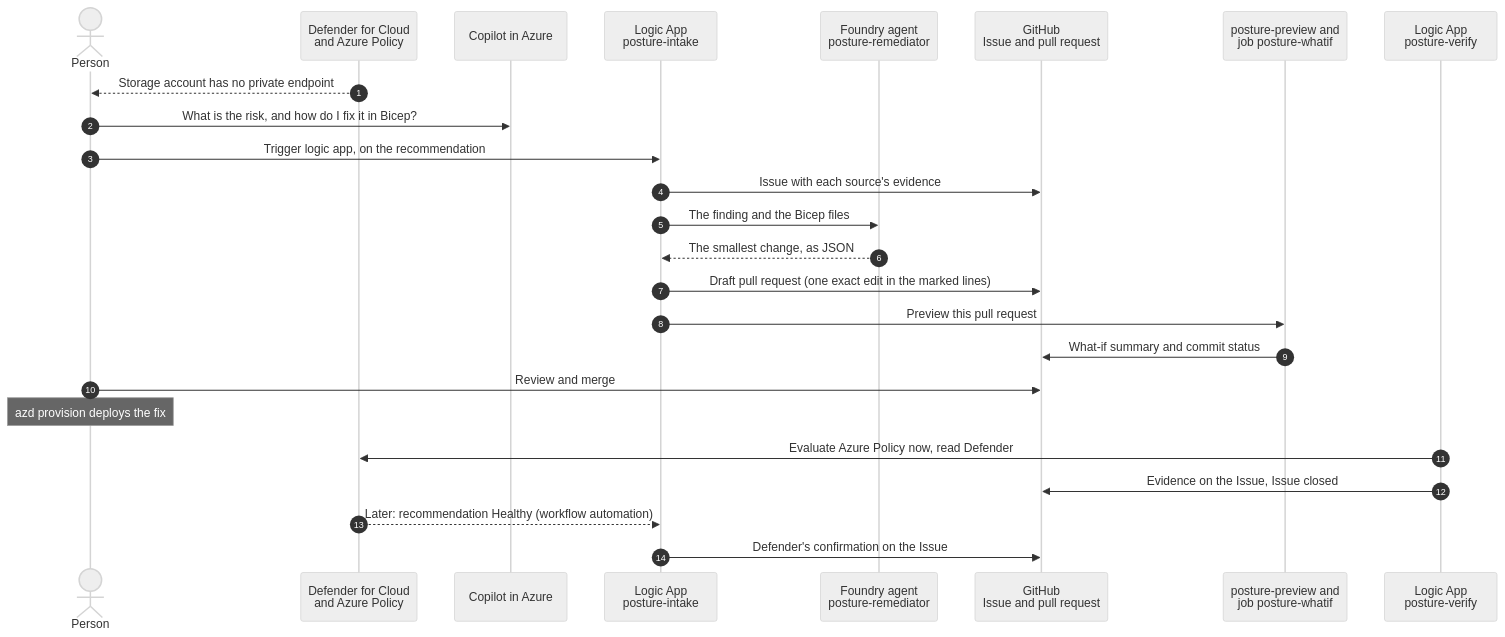
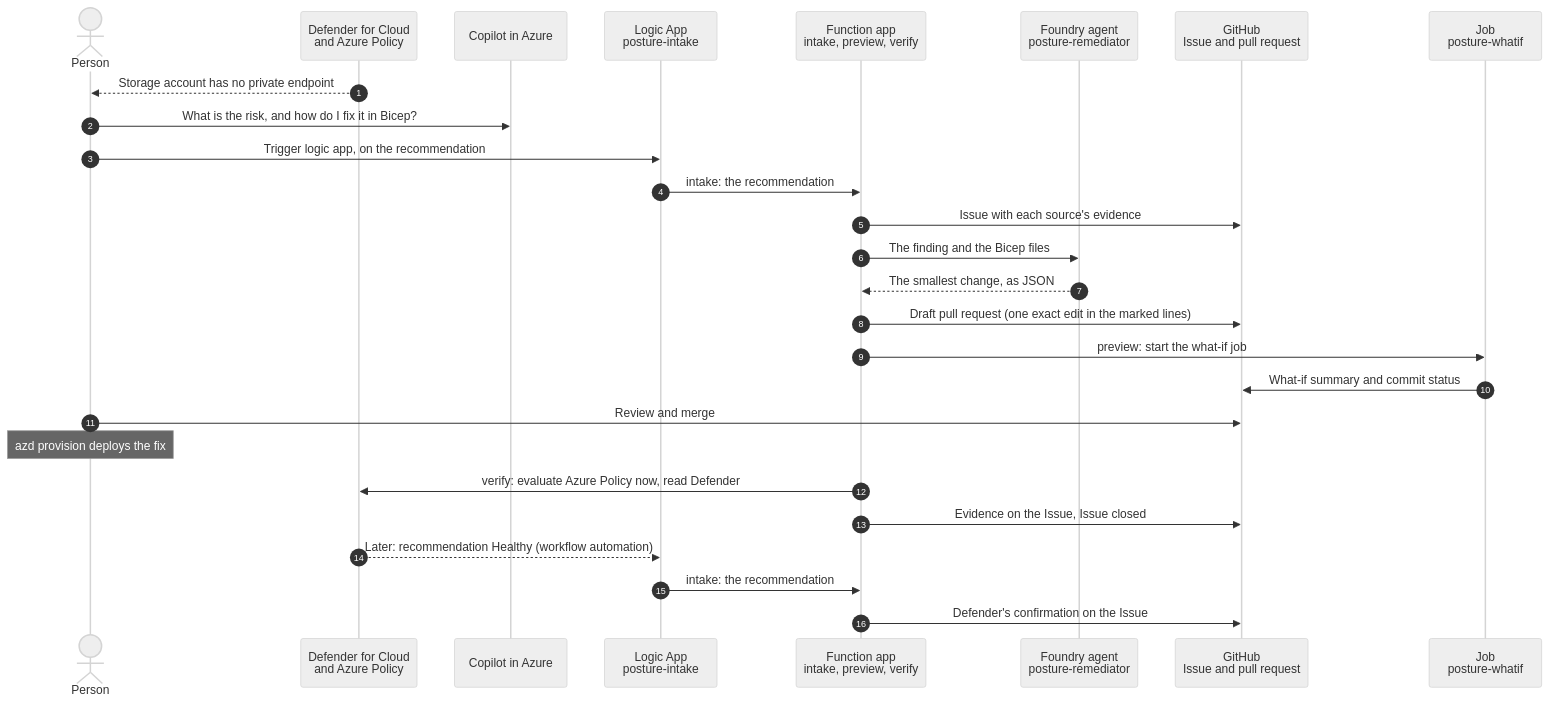
One commit to melabadi/adept-assessment-northstars changed the diagram in solutions/05-secure-microsoft/README.md. Above: the diagram before and after it, drawn with Mermaid (neutral theme). The commit also changed other lines of this file and 40 other files, not shown here.

First line of the commit message:
05-secure-microsoft: the posture automation runs as a Python Azure Function instead of Logic Apps

````diff
--- a/solutions/05-secure-microsoft/README.md
+++ b/solutions/05-secure-microsoft/README.md
@@ -22,27 +22,29 @@
 ```mermaid
 sequenceDiagram
   autonumber
   actor H as Person
   participant D as Defender for Cloud<br/>and Azure Policy
   participant C as Copilot in Azure
-  participant I as Logic App<br/>posture-intake
+  participant L as Logic App<br/>posture-intake
+  participant P as Function app<br/>intake, preview, verify
   participant F as Foundry agent<br/>posture-remediator
   participant G as GitHub<br/>Issue and pull request
-  participant W as posture-preview and<br/>job posture-whatif
-  participant V as Logic App<br/>posture-verify
+  participant W as Job<br/>posture-whatif
   D-->>H: Storage account has no private endpoint
   H->>C: What is the risk, and how do I fix it in Bicep?
-  H->>I: Trigger logic app, on the recommendation
-  I->>G: Issue with each source's evidence
-  I->>F: The finding and the Bicep files
-  F-->>I: The smallest change, as JSON
-  I->>G: Draft pull request (one exact edit in the marked lines)
-  I->>W: Preview this pull request
+  H->>L: Trigger logic app, on the recommendation
+  L->>P: intake: the recommendation
+  P->>G: Issue with each source's evidence
+  P->>F: The finding and the Bicep files
+  F-->>P: The smallest change, as JSON
+  P->>G: Draft pull request (one exact edit in the marked lines)
+  P->>W: preview: start the what-if job
   W->>G: What-if summary and commit status
   H->>G: Review and merge
   Note over H: azd provision deploys the fix
-  V->>D: Evaluate Azure Policy now, read Defender
-  V->>G: Evidence on the Issue, Issue closed
-  D-->>I: Later: recommendation Healthy (workflow automation)
-  I->>G: Defender's confirmation on the Issue
+  P->>D: verify: evaluate Azure Policy now, read Defender
+  P->>G: Evidence on the Issue, Issue closed
+  D-->>L: Later: recommendation Healthy (workflow automation)
+  L->>P: intake: the recommendation
+  P->>G: Defender's confirmation on the Issue
 ```
````
